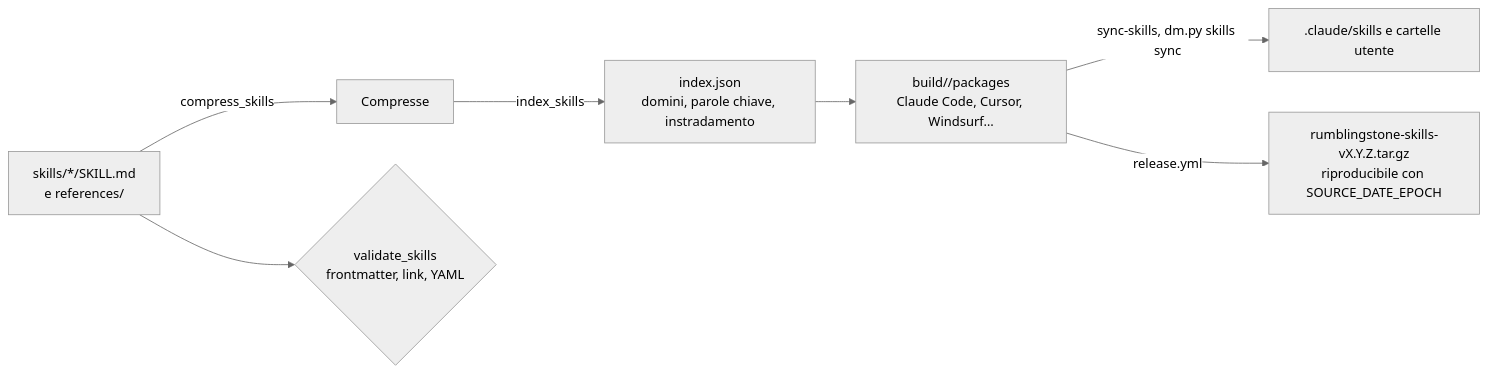
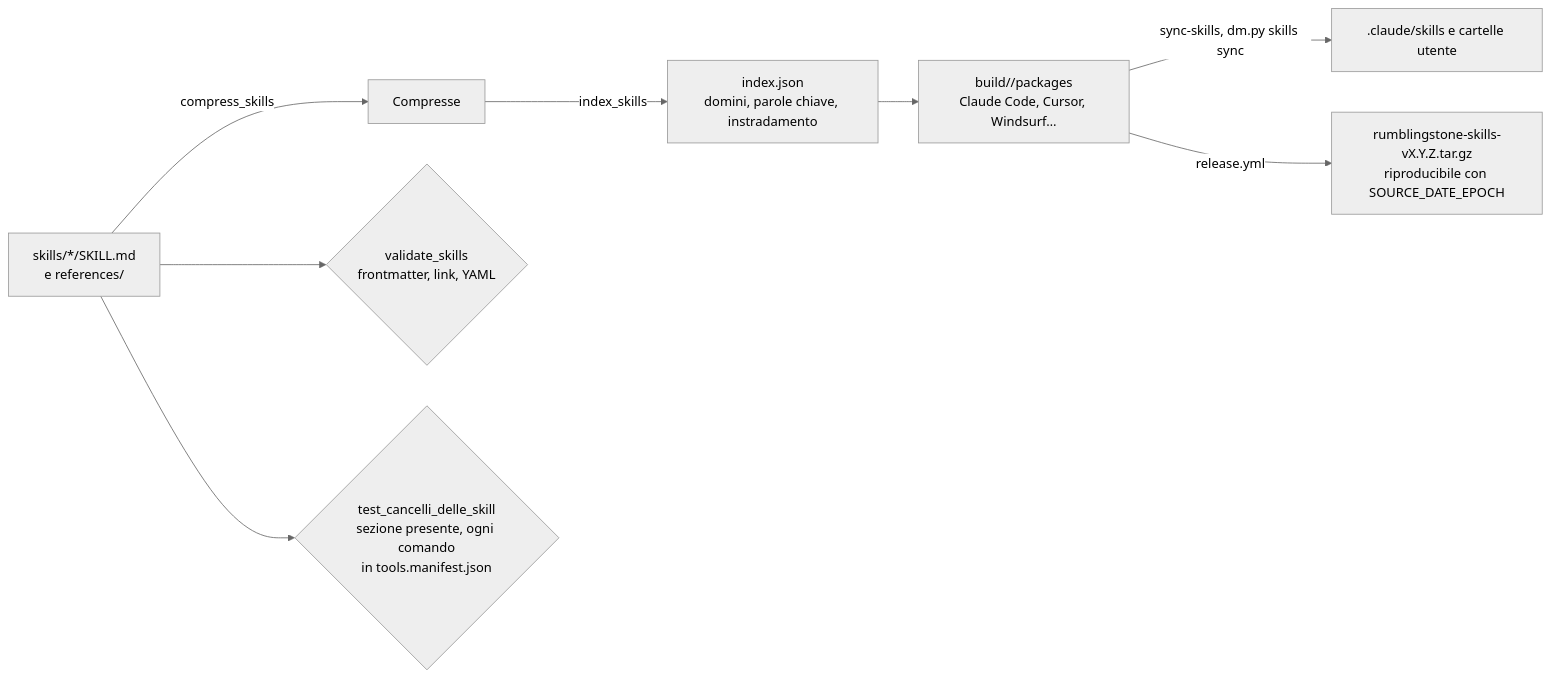
One commit to gsamuele78/RumblingStone changed diagram 20 of 26 in docs/ARCHITETTURA.md. Above: the diagram before and after it, drawn with Mermaid (neutral theme). The commit also changed other lines of this file and 5 other files, not shown here.

````diff
--- a/docs/ARCHITETTURA.md
+++ b/docs/ARCHITETTURA.md
@@ -783,9 +836,10 @@
 ```mermaid
 flowchart LR
     RAW["skills/*/SKILL.md<br/>e references/"] -->|"compress_skills"| CMP["Compresse"]
     CMP -->|"index_skills"| IDX["index.json<br/>domini, parole chiave, instradamento"]
     IDX --> PKG["build/<skill>/packages<br/>Claude Code, Cursor, Windsurf…"]
     PKG -->|"sync-skills, dm.py skills sync"| DEP[".claude/skills e cartelle utente"]
     PKG -->|"release.yml"| ARCH["rumblingstone-skills-vX.Y.Z.tar.gz<br/>riproducibile con SOURCE_DATE_EPOCH"]
     RAW --> VS{"validate_skills<br/>frontmatter, link, YAML"}
+    RAW --> TC{"test_cancelli_delle_skill<br/>sezione presente, ogni comando<br/>in tools.manifest.json"}
 ```
````
